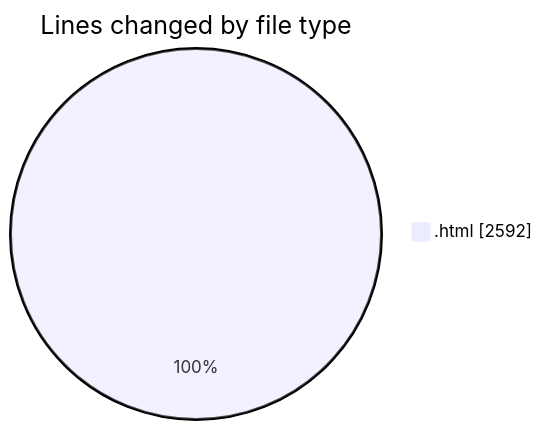
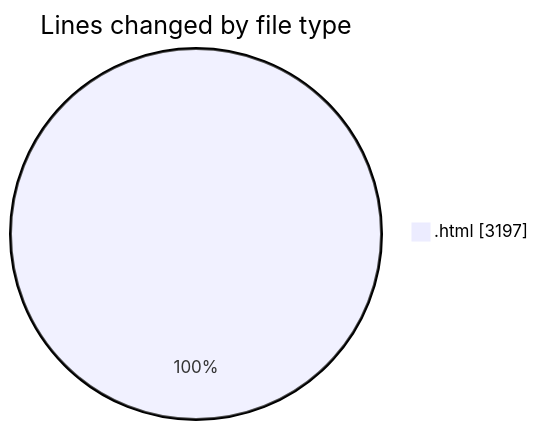
One commit to Ritupan-Deka/code-tracking changed the first of 2 diagrams in 2025-05-21/filetransfer/README.md. Above: the diagram before and after it, drawn with Mermaid. The commit also changed other lines of this file and 1 other file, not shown here.

````diff
--- a/2025-05-21/filetransfer/README.md
+++ b/2025-05-21/filetransfer/README.md
@@ -23,5 +23,5 @@
 ```mermaid
 pie showData
 title Lines changed by file type
-".html" : 2592
+".html" : 3197
 ```
````
